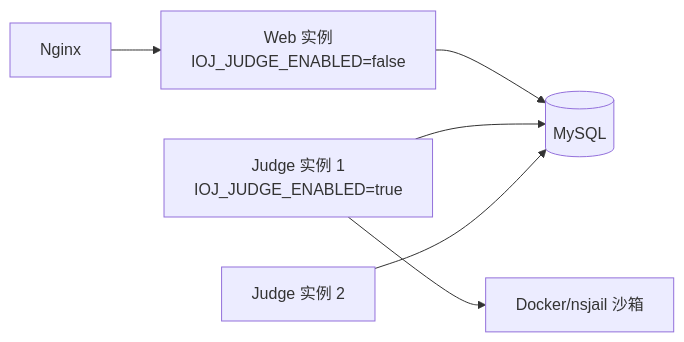
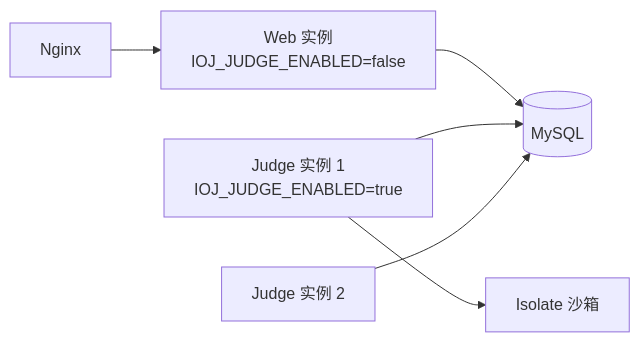
Before and after one commit to yucccxi/iOJ: the diagram in docs/server/04-deployment.md, drawn with Mermaid. The commit also changed other lines of this file and 89 other files, not shown here.

````diff
--- a/docs/server/04-deployment.md
+++ b/docs/server/04-deployment.md
@@ -155,8 +174,8 @@
 ```mermaid
 flowchart LR
     N[Nginx] --> W1[Web 实例<br/>IOJ_JUDGE_ENABLED=false]
     W1 --> DB[(MySQL)]
     J1[Judge 实例 1<br/>IOJ_JUDGE_ENABLED=true] --> DB
     J2[Judge 实例 2] --> DB
-    J1 --> D1[Docker/nsjail 沙箱]
+    J1 --> D1[Isolate 沙箱]
 ```
````
